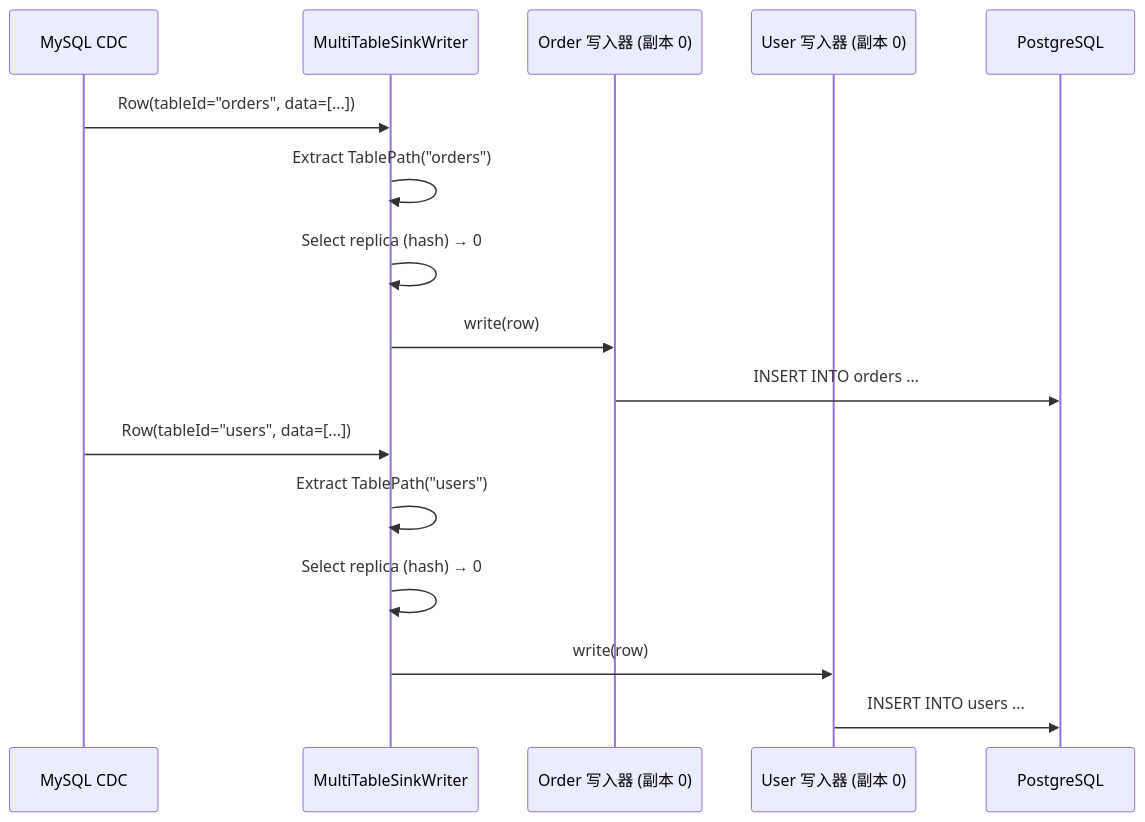
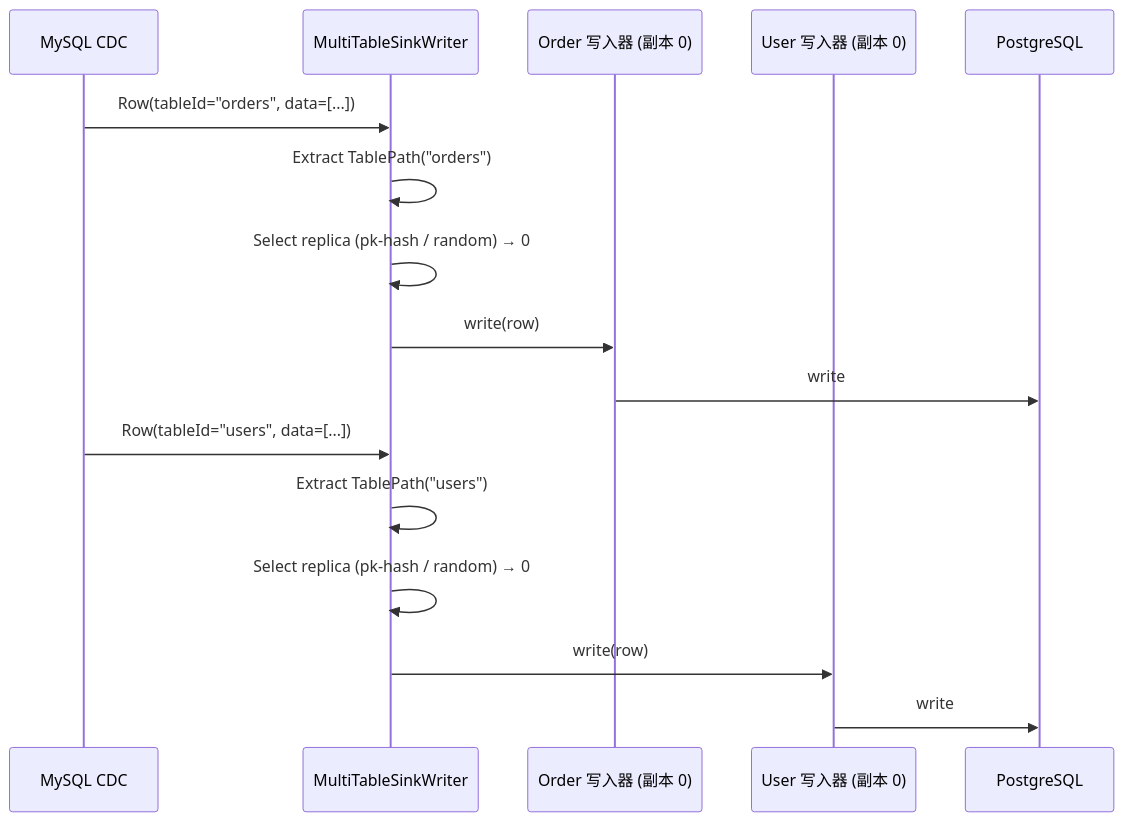
The first of 2 diagrams in docs/zh/architecture/data-flow/multi-table.md (apache/seatunnel), drawn with Mermaid before and after one commit. The commit also changed other lines of this file and 12 other files, not shown here.

Commit message:
Docs: review and refine architecture documents for accuracy

````diff
--- a/docs/zh/architecture/data-flow/multi-table.md
+++ b/docs/zh/architecture/data-flow/multi-table.md
@@ -286,20 +267,20 @@
 ```mermaid
 sequenceDiagram
     participant Source as MySQL CDC
     participant Writer as MultiTableSinkWriter
     participant OrderWriter as Order 写入器 (副本 0)
     participant UserWriter as User 写入器 (副本 0)
     participant PG as PostgreSQL
 
     Source->>Writer: Row(tableId="orders", data=[...])
     Writer->>Writer: Extract TablePath("orders")
-    Writer->>Writer: Select replica (hash) → 0
+    Writer->>Writer: Select replica (pk-hash / random) → 0
     Writer->>OrderWriter: write(row)
-    OrderWriter->>PG: INSERT INTO orders ...
+    OrderWriter->>PG: write
 
     Source->>Writer: Row(tableId="users", data=[...])
     Writer->>Writer: Extract TablePath("users")
-    Writer->>Writer: Select replica (hash) → 0
+    Writer->>Writer: Select replica (pk-hash / random) → 0
     Writer->>UserWriter: write(row)
-    UserWriter->>PG: INSERT INTO users ...
+    UserWriter->>PG: write
 ```
````
